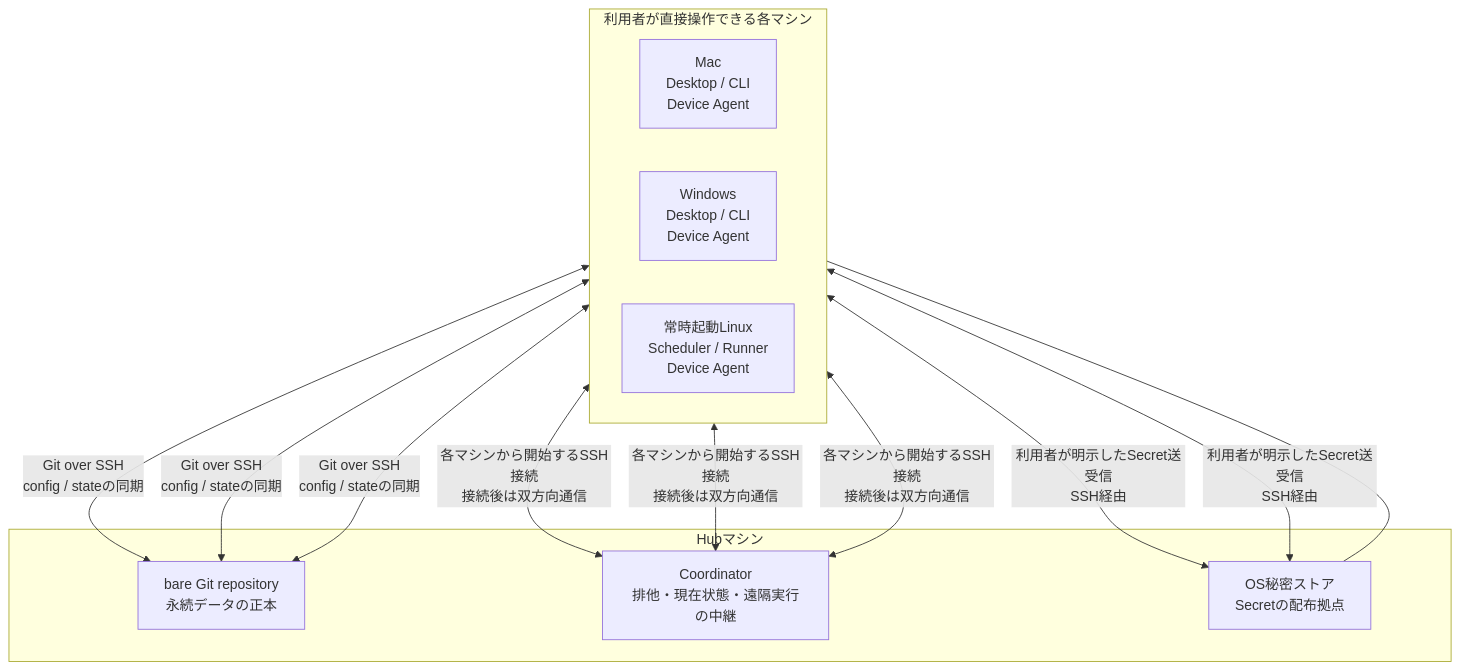
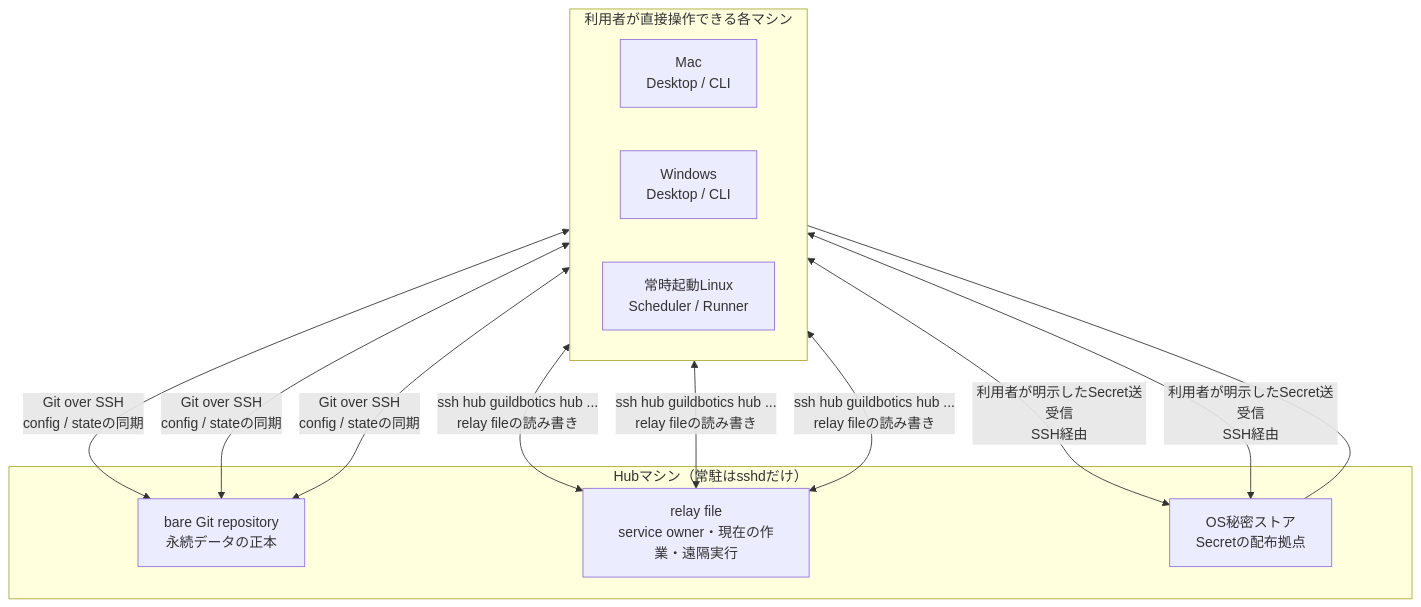
One commit to GuildBotics/GuildBotics changed the first of 9 diagrams in docs/plans/workspace_sync_plan-v3.md. Above: the diagram before and after it, drawn with Mermaid. The commit also changed other lines of this file and 71 other files, not shown here.

First line of the commit message:
Hub relay と常駐なし同期を完成させる（#418）

````diff
--- a/docs/plans/workspace_sync_plan-v3.md
+++ b/docs/plans/workspace_sync_plan-v3.md
@@ -14,27 +14,27 @@
 ```mermaid
 flowchart TB
     subgraph devices["利用者が直接操作できる各マシン"]
         direction LR
-        mac["Mac<br/>Desktop / CLI<br/>Device Agent"]
-        windows["Windows<br/>Desktop / CLI<br/>Device Agent"]
-        linux["常時起動Linux<br/>Scheduler / Runner<br/>Device Agent"]
+        mac["Mac<br/>Desktop / CLI"]
+        windows["Windows<br/>Desktop / CLI"]
+        linux["常時起動Linux<br/>Scheduler / Runner"]
     end
 
-    subgraph hub_machine["Hubマシン"]
+    subgraph hub_machine["Hubマシン（常駐はsshdだけ）"]
         git_hub["bare Git repository<br/>永続データの正本"]
-        coordinator["Coordinator<br/>排他・現在状態・遠隔実行の中継"]
+        relay["relay file<br/>service owner・現在の作業・遠隔実行"]
         hub_secret["OS秘密ストア<br/>Secretの配布拠点"]
     end
 
     mac <-->|"Git over SSH<br/>config / stateの同期"| git_hub
     windows <-->|"Git over SSH<br/>config / stateの同期"| git_hub
     linux <-->|"Git over SSH<br/>config / stateの同期"| git_hub
 
-    mac <-->|"各マシンから開始するSSH接続<br/>接続後は双方向通信"| coordinator
-    windows <-->|"各マシンから開始するSSH接続<br/>接続後は双方向通信"| coordinator
-    linux <-->|"各マシンから開始するSSH接続<br/>接続後は双方向通信"| coordinator
+    mac <-->|"ssh hub guildbotics hub ...<br/>relay fileの読み書き"| relay
+    windows <-->|"ssh hub guildbotics hub ...<br/>relay fileの読み書き"| relay
+    linux <-->|"ssh hub guildbotics hub ...<br/>relay fileの読み書き"| relay
 
     mac <-->|"利用者が明示したSecret送受信<br/>SSH経由"| hub_secret
     windows <-->|"利用者が明示したSecret送受信<br/>SSH経由"| hub_secret
     linux --- hub_secret
 ```
````
